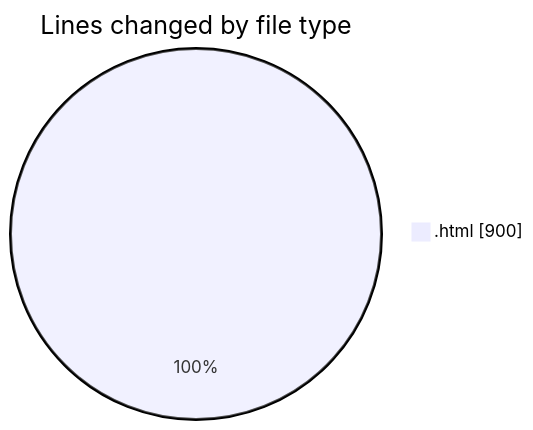
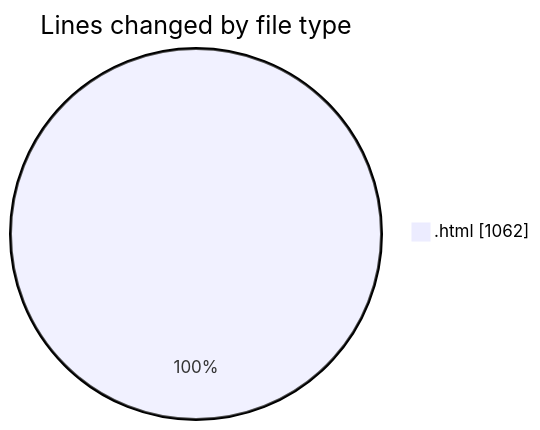
The first of 2 diagrams in 2025-08-09/nxtqube_webapp/README.md (nxtqubesakshisongat/code-tracking), drawn with Mermaid before and after one commit. The commit also changed other lines of this file and 1 other file, not shown here.

````diff
--- a/2025-08-09/nxtqube_webapp/README.md
+++ b/2025-08-09/nxtqube_webapp/README.md
@@ -20,5 +20,5 @@
 ```mermaid
 pie showData
 title Lines changed by file type
-".html" : 900
+".html" : 1062
 ```
````
